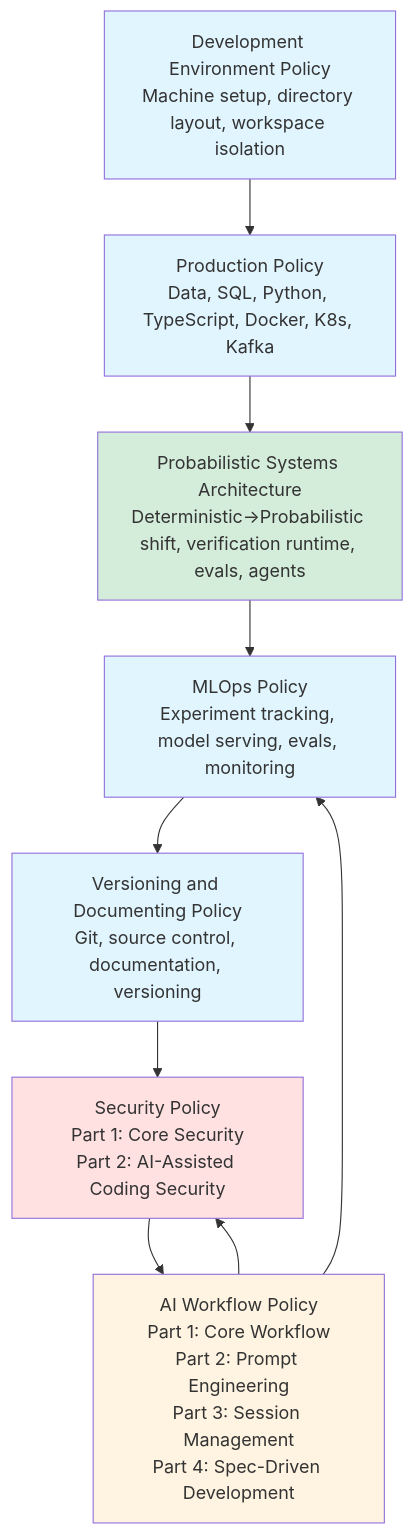
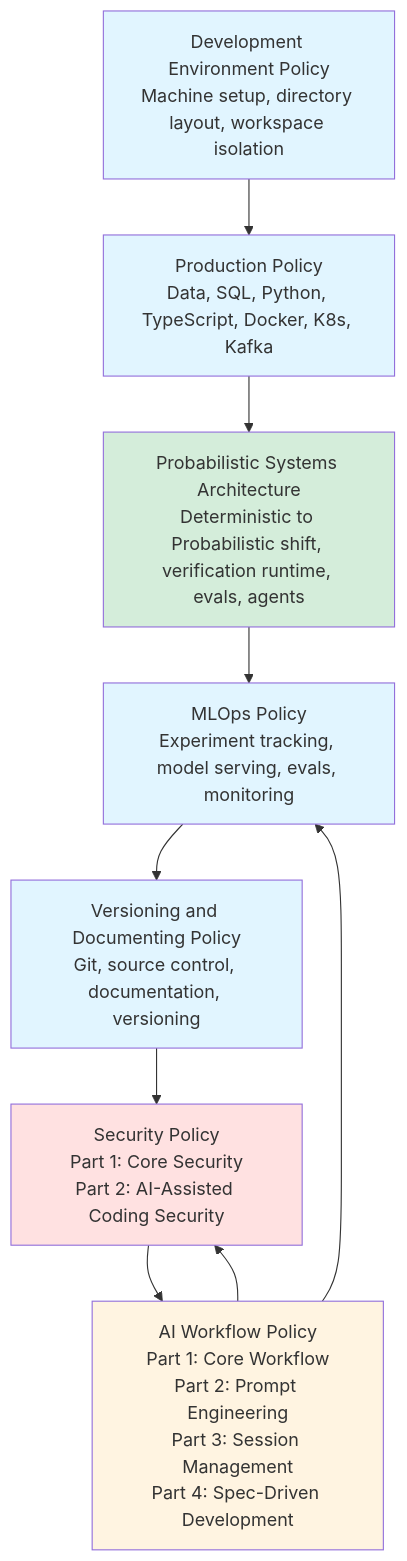
The diagram in README.md (alfonsocruzvelasco/engineering-policies), drawn with Mermaid before and after one commit.

Commit message:
Fix Mermaid diagram syntax: use quoted node labels for proper rendering

````diff
--- a/README.md
+++ b/README.md
@@ -154,19 +154,19 @@
 ```mermaid
 flowchart TD
-    A[Development Environment Policy<br/>Machine setup, directory layout, workspace isolation] --> B[Production Policy<br/>Data, SQL, Python, TypeScript, Docker, K8s, Kafka]
-    B --> G[Probabilistic Systems Architecture<br/>Deterministic→Probabilistic shift, verification runtime, evals, agents]
-    G --> C[MLOps Policy<br/>Experiment tracking, model serving, evals, monitoring]
-    C --> D[Versioning and Documenting Policy<br/>Git, source control, documentation, versioning]
-    D --> E[Security Policy<br/>Part 1: Core Security<br/>Part 2: AI-Assisted Coding Security]
-    E --> F[AI Workflow Policy<br/>Part 1: Core Workflow<br/>Part 2: Prompt Engineering<br/>Part 3: Session Management<br/>Part 4: Spec-Driven Development]
+    A["Development Environment Policy<br/>Machine setup, directory layout, workspace isolation"] --> B["Production Policy<br/>Data, SQL, Python, TypeScript, Docker, K8s, Kafka"]
+    B --> G["Probabilistic Systems Architecture<br/>Deterministic to Probabilistic shift, verification runtime, evals, agents"]
+    G --> C["MLOps Policy<br/>Experiment tracking, model serving, evals, monitoring"]
+    C --> D["Versioning and Documenting Policy<br/>Git, source control, documentation, versioning"]
+    D --> E["Security Policy<br/>Part 1: Core Security<br/>Part 2: AI-Assisted Coding Security"]
+    E --> F["AI Workflow Policy<br/>Part 1: Core Workflow<br/>Part 2: Prompt Engineering<br/>Part 3: Session Management<br/>Part 4: Spec-Driven Development"]
     F --> C
     F --> E
 
     style A fill:#e1f5ff
     style B fill:#e1f5ff
     style G fill:#d4edda
     style C fill:#e1f5ff
     style D fill:#e1f5ff
     style E fill:#ffe1e1
     style F fill:#fff4e1
 ```
````
